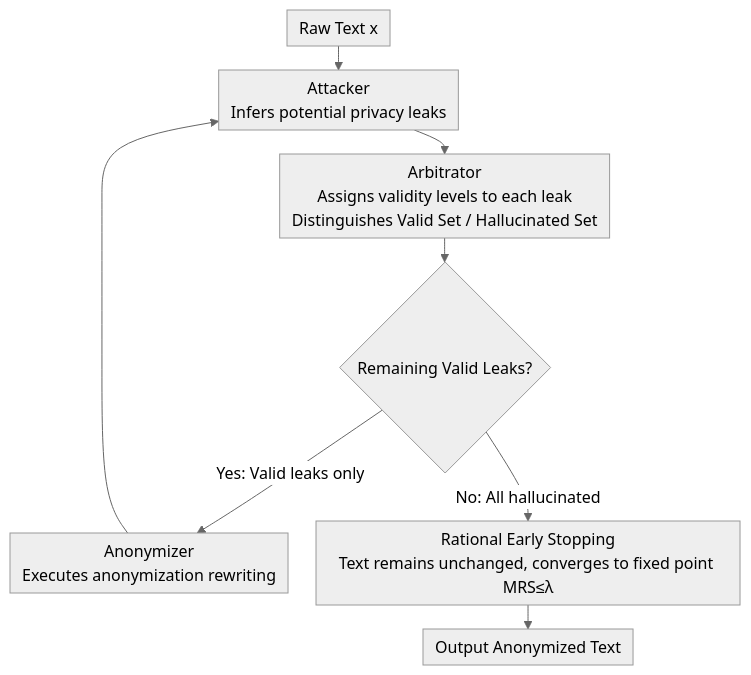
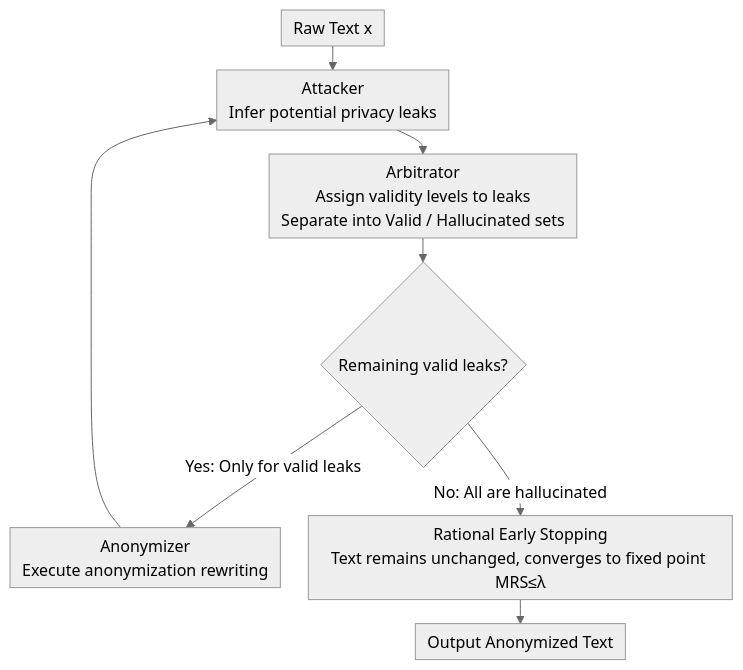
One commit to zhaoyang97/Paper-Notes-en changed the diagram in docs/ACL2026/llm_safety/look_twice_before_you_leap_a_rational_framework_for_localized_adversarial_anonym.md. Above: the diagram before and after it, drawn with Mermaid (neutral theme). The commit also changed other lines of this file and 5084 other files, not shown here.

````diff
--- a/docs/ACL2026/llm_safety/look_twice_before_you_leap_a_rational_framework_for_localized_adversarial_anonym.md
+++ b/docs/ACL2026/llm_safety/look_twice_before_you_leap_a_rational_framework_for_localized_adversarial_anonym.md
@@ -42,11 +42,11 @@
 ```mermaid
 %%{init: {'flowchart': {'rankSpacing': 24, 'nodeSpacing': 28, 'padding': 6, 'wrappingWidth': 400}}}%%
 flowchart TD
-    A["Raw Text x"] --> B["Attacker<br/>Infers potential privacy leaks"]
-    B --> C["Arbitrator<br/>Assigns validity levels to each leak<br/>Distinguishes Valid Set / Hallucinated Set"]
-    C --> D{"Remaining Valid Leaks?"}
-    D -->|"Yes: Valid leaks only"| E["Anonymizer<br/>Executes anonymization rewriting"]
+    A["Raw Text x"] --> B["Attacker<br/>Infer potential privacy leaks"]
+    B --> C["Arbitrator<br/>Assign validity levels to leaks<br/>Separate into Valid / Hallucinated sets"]
+    C --> D{"Remaining valid leaks?"}
+    D -->|"Yes: Only for valid leaks"| E["Anonymizer<br/>Execute anonymization rewriting"]
     E --> B
-    D -->|"No: All hallucinated"| F["Rational Early Stopping<br/>Text remains unchanged, converges to fixed point MRS≤λ"]
+    D -->|"No: All are hallucinated"| F["Rational Early Stopping<br/>Text remains unchanged, converges to fixed point MRS≤λ"]
     F --> G["Output Anonymized Text"]
 ```
````
